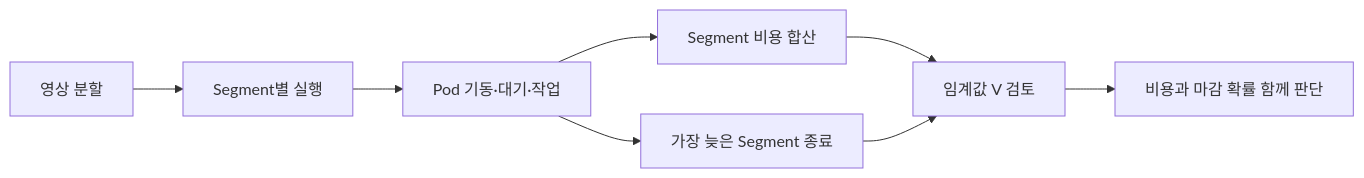
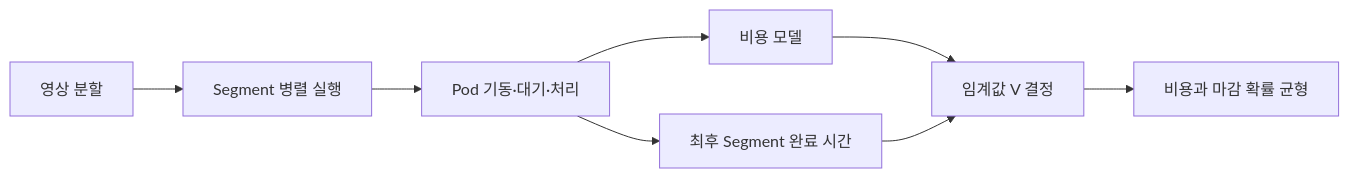
Before and after one commit to guseoh/cs: the diagram in References/Tech Articles/Articles/2026/2026-10-29-감으로-맞추던-값을-식을-세워서-Kubernetes-최적화하기-5fbd7ad4.md, drawn with Mermaid. The commit also changed other lines of this file and 29 other files, not shown here.

````diff
--- a/References/Tech Articles/Articles/2026/2026-10-29-감으로-맞추던-값을-식을-세워서-Kubernetes-최적화하기-5fbd7ad4.md
+++ b/References/Tech Articles/Articles/2026/2026-10-29-감으로-맞추던-값을-식을-세워서-Kubernetes-최적화하기-5fbd7ad4.md
@@ -35,10 +35,10 @@
 ```mermaid
 flowchart LR
-  A[영상 분할] --> B[Segment별 실행]
-  B --> C[Pod 기동·대기·작업]
-  C --> D[Segment 비용 합산]
-  C --> E[가장 늦은 Segment 종료]
-  D --> F[임계값 V 검토]
-  E --> F
-  F --> G[비용과 마감 확률 함께 판단]
+ A[영상 분할] --> B[Segment 병렬 실행]
+ B --> C[Pod 기동·대기·처리]
+ C --> D[비용 모델]
+ C --> E[최후 Segment 완료 시간]
+ D --> F[임계값 V 결정]
+ E --> F
+ F --> G[비용과 마감 확률 균형]
 ```
````
